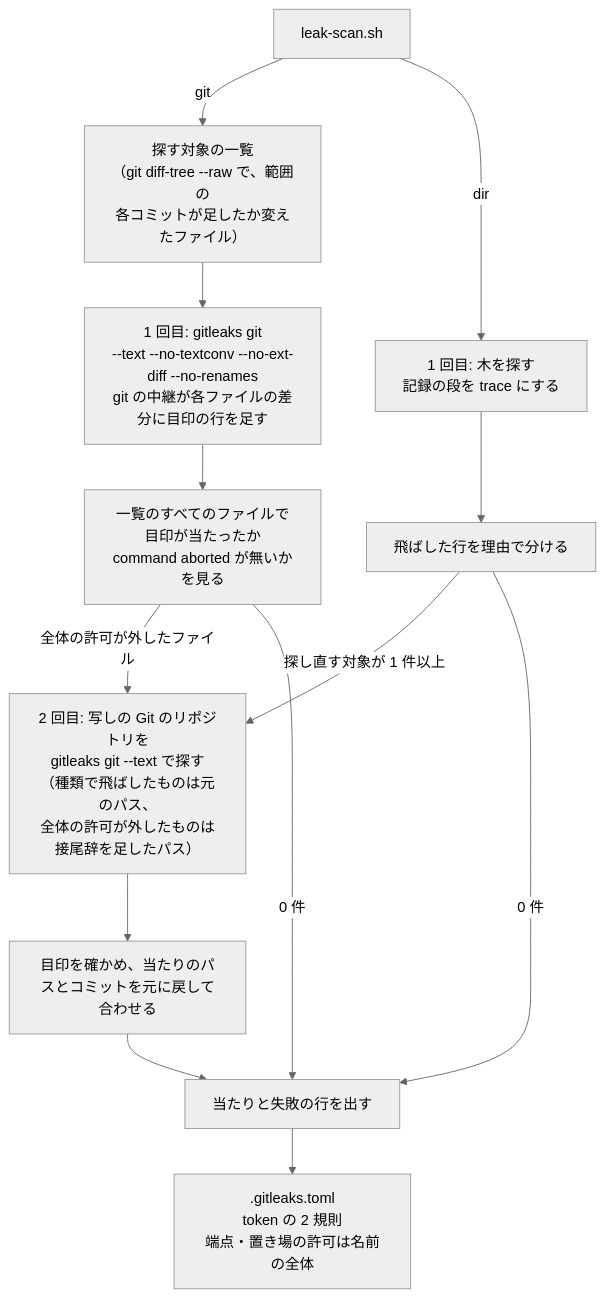
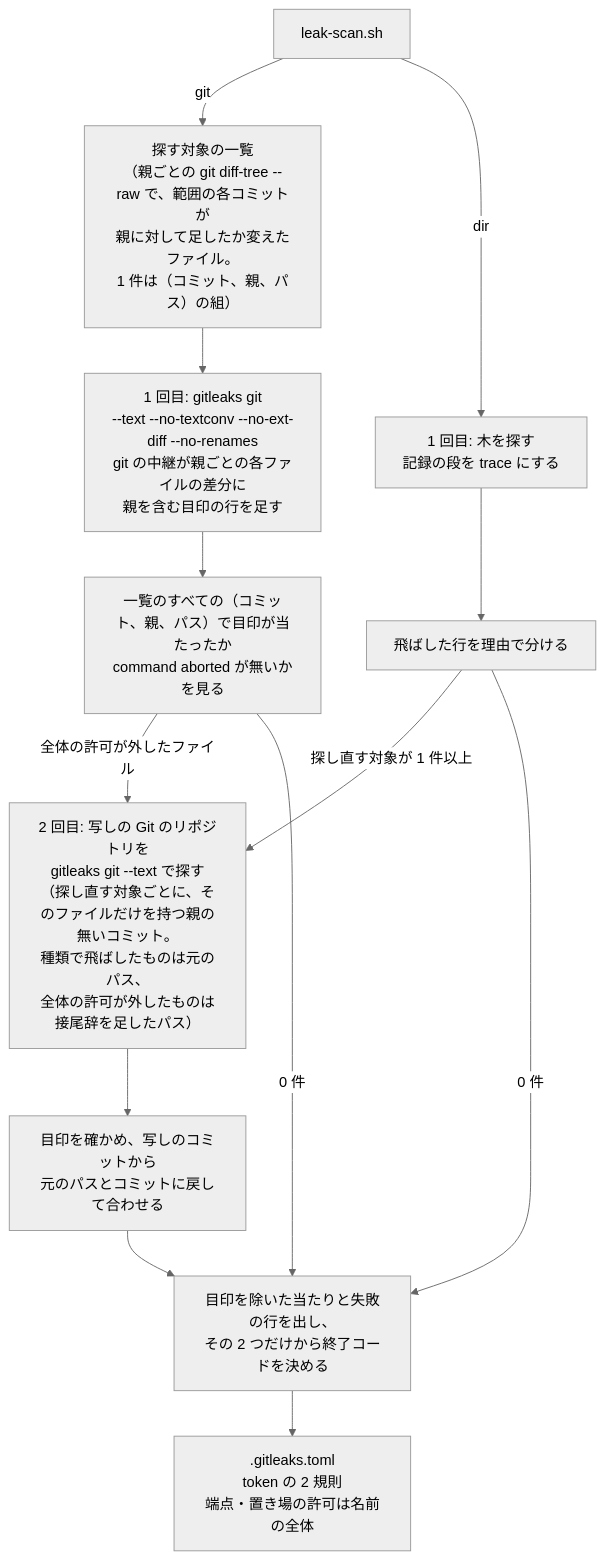
One commit to devbasex/nd-factory changed the second of 3 diagrams in issues/issue-98-design.md. Above: the diagram before and after it, drawn with Mermaid (neutral theme). The commit also changed other lines of this file, not shown here.

````diff
--- a/issues/issue-98-design.md
+++ b/issues/issue-98-design.md
@@ -68,15 +68,15 @@
 ```mermaid
 flowchart TD
-    scan["leak-scan.sh"] -->|git| list["探す対象の一覧<br/>（git diff-tree --raw で、範囲の<br/>各コミットが足したか変えたファイル）"]
-    list --> ggit["1 回目: gitleaks git<br/>--text --no-textconv --no-ext-diff --no-renames<br/>git の中継が各ファイルの差分に目印の行を足す"]
-    ggit --> gchk["一覧のすべてのファイルで目印が当たったか<br/>command aborted が無いかを見る"]
+    scan["leak-scan.sh"] -->|git| list["探す対象の一覧<br/>（親ごとの git diff-tree --raw で、範囲の各コミットが<br/>親に対して足したか変えたファイル。<br/>1 件は（コミット、親、パス）の組）"]
+    list --> ggit["1 回目: gitleaks git<br/>--text --no-textconv --no-ext-diff --no-renames<br/>git の中継が親ごとの各ファイルの差分に<br/>親を含む目印の行を足す"]
+    ggit --> gchk["一覧のすべての（コミット、親、パス）で目印が当たったか<br/>command aborted が無いかを見る"]
     scan -->|dir| p1["1 回目: 木を探す<br/>記録の段を trace にする"]
     p1 --> pick["飛ばした行を理由で分ける"]
     gchk -->|全体の許可が外したファイル| p2
-    pick -->|探し直す対象が 1 件以上| p2["2 回目: 写しの Git のリポジトリを<br/>gitleaks git --text で探す<br/>（種類で飛ばしたものは元のパス、<br/>全体の許可が外したものは接尾辞を足したパス）"]
-    p2 --> merge["目印を確かめ、当たりのパスとコミットを元に戻して合わせる"]
-    pick -->|0 件| out["当たりと失敗の行を出す"]
+    pick -->|探し直す対象が 1 件以上| p2["2 回目: 写しの Git のリポジトリを<br/>gitleaks git --text で探す<br/>（探し直す対象ごとに、そのファイルだけを持つ親の無いコミット。<br/>種類で飛ばしたものは元のパス、<br/>全体の許可が外したものは接尾辞を足したパス）"]
+    p2 --> merge["目印を確かめ、写しのコミットから<br/>元のパスとコミットに戻して合わせる"]
+    pick -->|0 件| out["目印を除いた当たりと失敗の行を出し、<br/>その 2 つだけから終了コードを決める"]
     gchk -->|0 件| out
     merge --> out
     out --> rules[".gitleaks.toml<br/>token の 2 規則<br/>端点・置き場の許可は名前の全体"]
 ```
````
